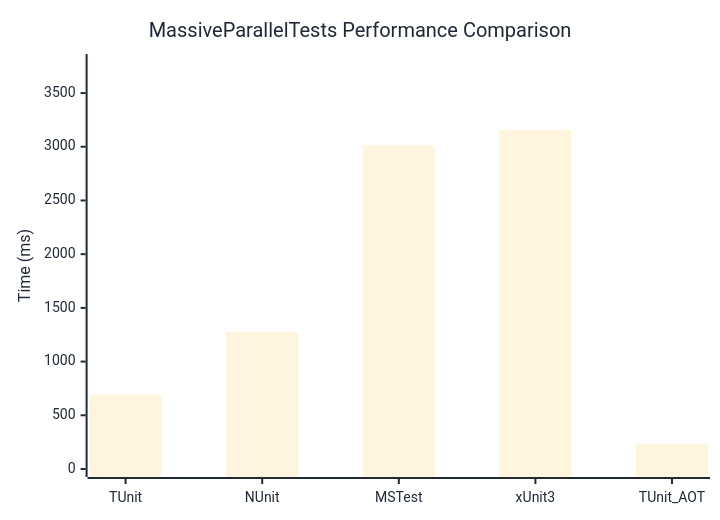
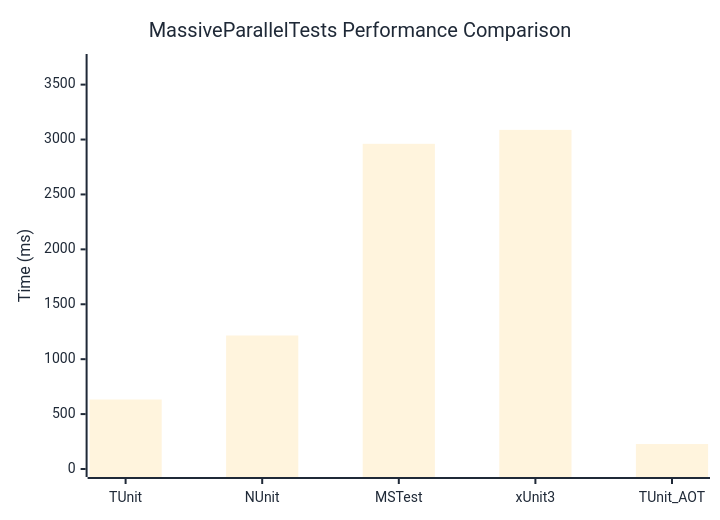
Before and after one commit to thomhurst/TUnit: the diagram in docs/docs/benchmarks/MassiveParallelTests.md, drawn with Mermaid. The commit also changed other lines of this file and 17 other files, not shown here.

````diff
--- a/docs/docs/benchmarks/MassiveParallelTests.md
+++ b/docs/docs/benchmarks/MassiveParallelTests.md
@@ -27,37 +27,37 @@
 ```mermaid
 %%{init: {
   'theme':'base',
   'themeVariables': {
     'primaryColor': '#2563eb',
     'primaryTextColor': '#1f2937',
     'primaryBorderColor': '#1e40af',
     'lineColor': '#6b7280',
     'secondaryColor': '#7c3aed',
     'tertiaryColor': '#dc2626',
     'background': '#ffffff',
     'mainBkg': '#2563eb',
     'secondBkg': '#7c3aed',
     'tertiaryBkg': '#dc2626',
     'clusterBkg': '#f3f4f6',
     'edgeLabelBackground': '#ffffff',
     'tertiaryTextColor': '#1f2937',
     'pie1': '#2563eb',
     'pie2': '#7c3aed',
     'pie3': '#dc2626',
     'pie4': '#f59e0b',
     'pie5': '#10b981',
     'pie6': '#06b6d4',
     'pie7': '#ec4899',
     'pie8': '#6366f1',
     'pie9': '#84cc16',
     'pie10': '#f97316',
     'pie11': '#14b8a6',
     'pie12': '#a855f7'
   }
 }}%%
 xychart-beta
   title "MassiveParallelTests Performance Comparison"
   x-axis ["TUnit", "NUnit", "MSTest", "xUnit3", "TUnit_AOT"]
-  y-axis "Time (ms)" 0 --> 3789
-  bar [690.8, 1279.2, 3013.1, 3157, 229.6]
+  y-axis "Time (ms)" 0 --> 3706
+  bar [632.7, 1215.6, 2960.9, 3088, 227.2]
 ```
````
